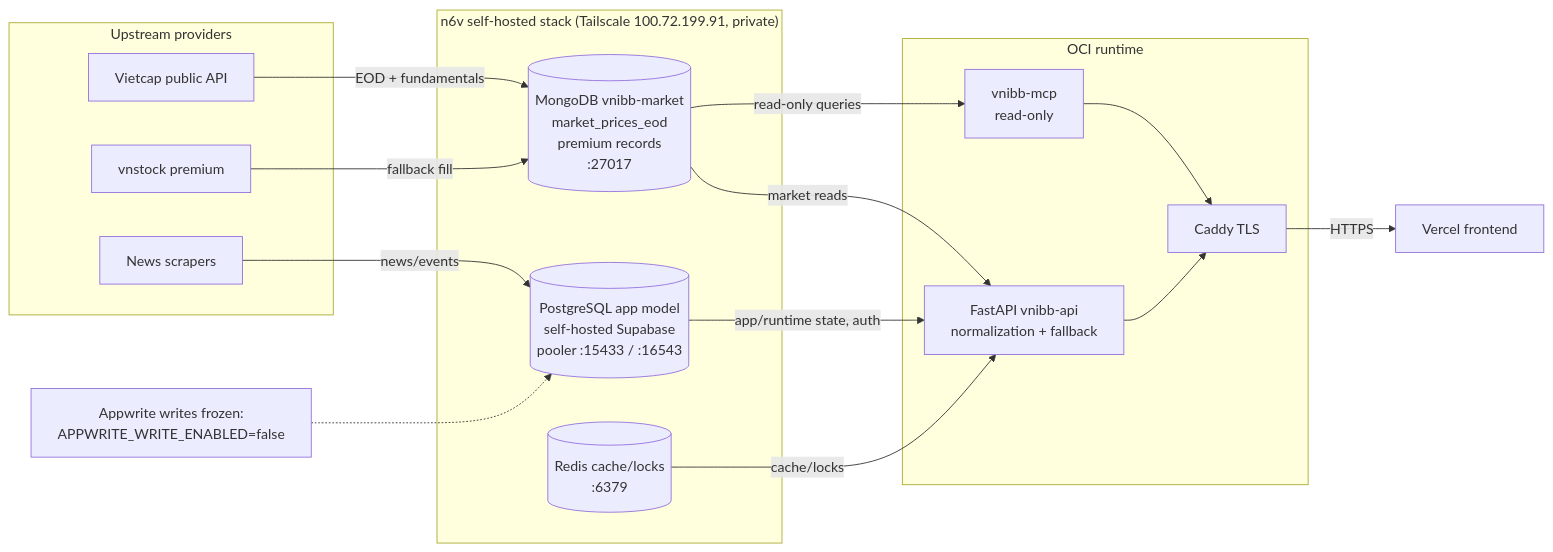
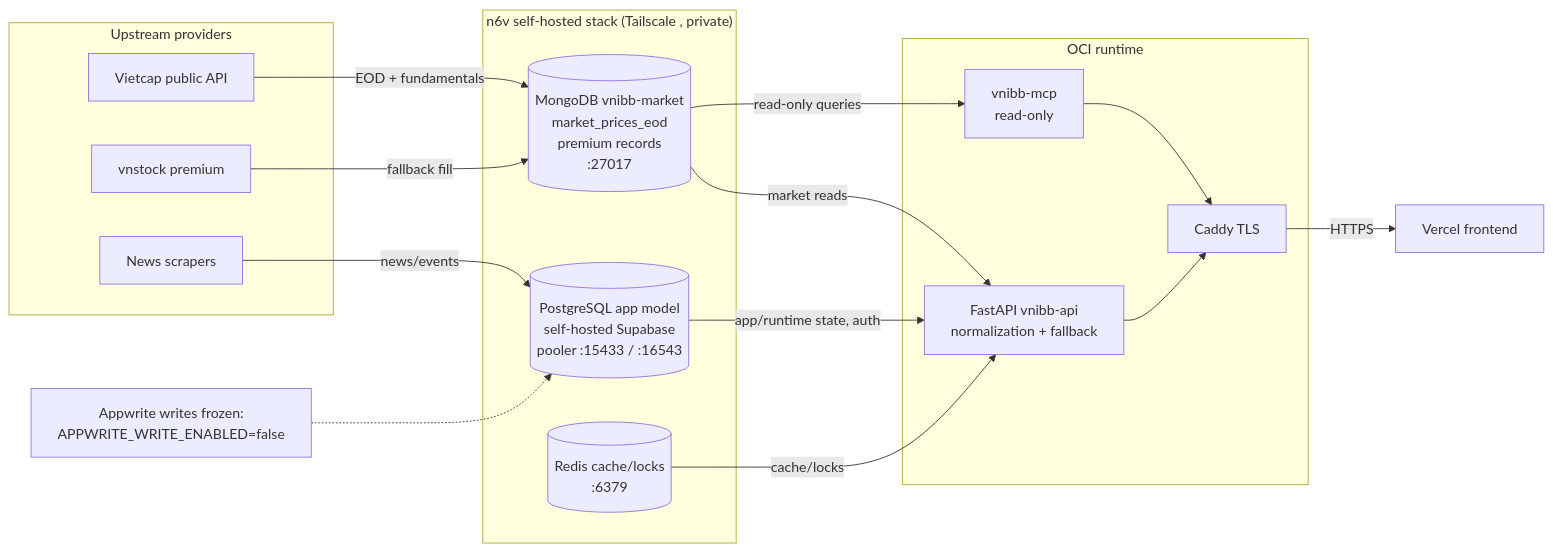
The second of 2 diagrams in docs/DATABASE_SCHEMA.md (Kohnnn/vnibb), drawn with Mermaid before and after one commit. The commit also changed other lines of this file and 10 other files, not shown here.

````diff
--- a/docs/DATABASE_SCHEMA.md
+++ b/docs/DATABASE_SCHEMA.md
@@ -1116,35 +1116,35 @@
 ```mermaid
 flowchart LR
     subgraph Providers["Upstream providers"]
         Vietcap[Vietcap public API]
         VNStock[vnstock premium]
         Scrapers[News scrapers]
     end
 
-    subgraph N6V["n6v self-hosted stack (Tailscale 100.72.199.91, private)"]
+    subgraph N6V["n6v self-hosted stack (Tailscale <n6v-tailscale-ip>, private)"]
         Mongo[(MongoDB vnibb-market<br/>market_prices_eod<br/>premium records<br/>:27017)]
         PG[(PostgreSQL app model<br/>self-hosted Supabase<br/>pooler :15433 / :16543)]
         Redis[(Redis cache/locks<br/>:6379)]
     end
 
     subgraph OCI["OCI runtime"]
         API[FastAPI vnibb-api<br/>normalization + fallback]
         MCP[vnibb-mcp<br/>read-only]
         Caddy[Caddy TLS]
     end
 
     Vietcap -->|EOD + fundamentals| Mongo
     VNStock -->|fallback fill| Mongo
     Scrapers -->|news/events| PG
 
     Mongo -->|market reads| API
     PG -->|app/runtime state, auth| API
     Redis -->|cache/locks| API
     Mongo -->|read-only queries| MCP
 
     API --> Caddy
     MCP --> Caddy
     Caddy -->|HTTPS| Vercel[Vercel frontend]
 
     Note[Appwrite writes frozen:<br/>APPWRITE_WRITE_ENABLED=false] -.-> PG
 ```
````
